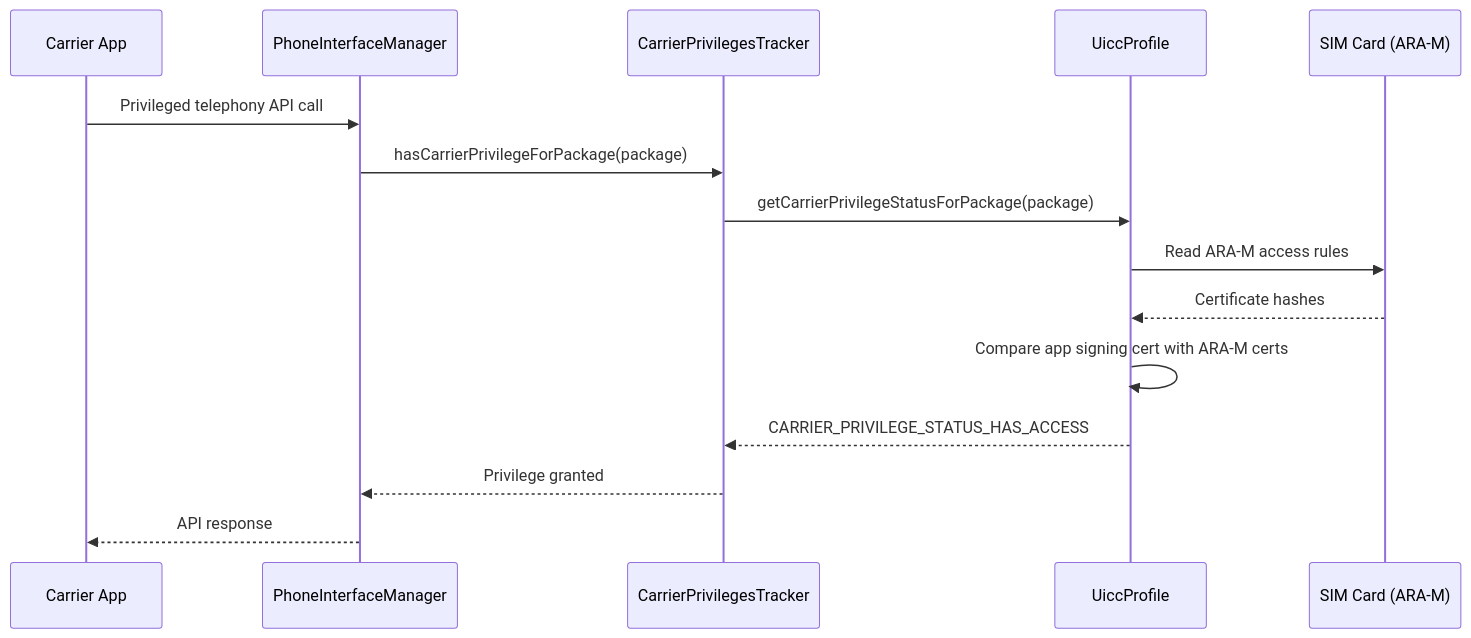
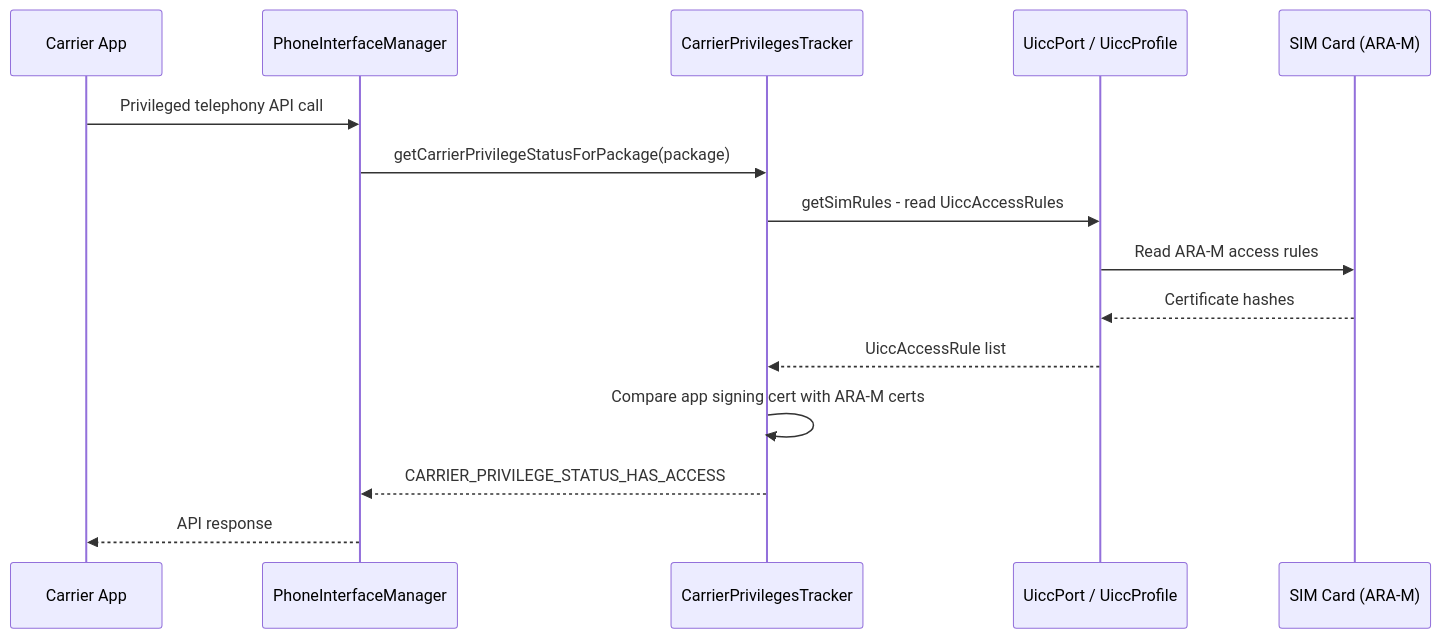
Before and after one commit to aospbooks/aosp-internal-book: diagram 30 of 55 in 36-telephony.md, drawn with Mermaid. The commit also changed other lines of this file and 218 other files, not shown here.

````diff
--- a/36-telephony.md
+++ b/36-telephony.md
@@ -2330,18 +2362,18 @@
 ```mermaid
 sequenceDiagram
     participant App as Carrier App
     participant PIM as PhoneInterfaceManager
     participant CPT as CarrierPrivilegesTracker
-    participant UiccP as UiccProfile
+    participant UiccP as UiccPort / UiccProfile
     participant SIM as SIM Card (ARA-M)
 
     App->>PIM: Privileged telephony API call
-    PIM->>CPT: hasCarrierPrivilegeForPackage(package)
-    CPT->>UiccP: getCarrierPrivilegeStatusForPackage(package)
+    PIM->>CPT: getCarrierPrivilegeStatusForPackage(package)
+    CPT->>UiccP: getSimRules - read UiccAccessRules
     UiccP->>SIM: Read ARA-M access rules
     SIM-->>UiccP: Certificate hashes
-    UiccP->>UiccP: Compare app signing cert with ARA-M certs
-    UiccP-->>CPT: CARRIER_PRIVILEGE_STATUS_HAS_ACCESS
-    CPT-->>PIM: Privilege granted
+    UiccP-->>CPT: UiccAccessRule list
+    CPT->>CPT: Compare app signing cert with ARA-M certs
+    CPT-->>PIM: CARRIER_PRIVILEGE_STATUS_HAS_ACCESS
     PIM-->>App: API response
 ```
````
